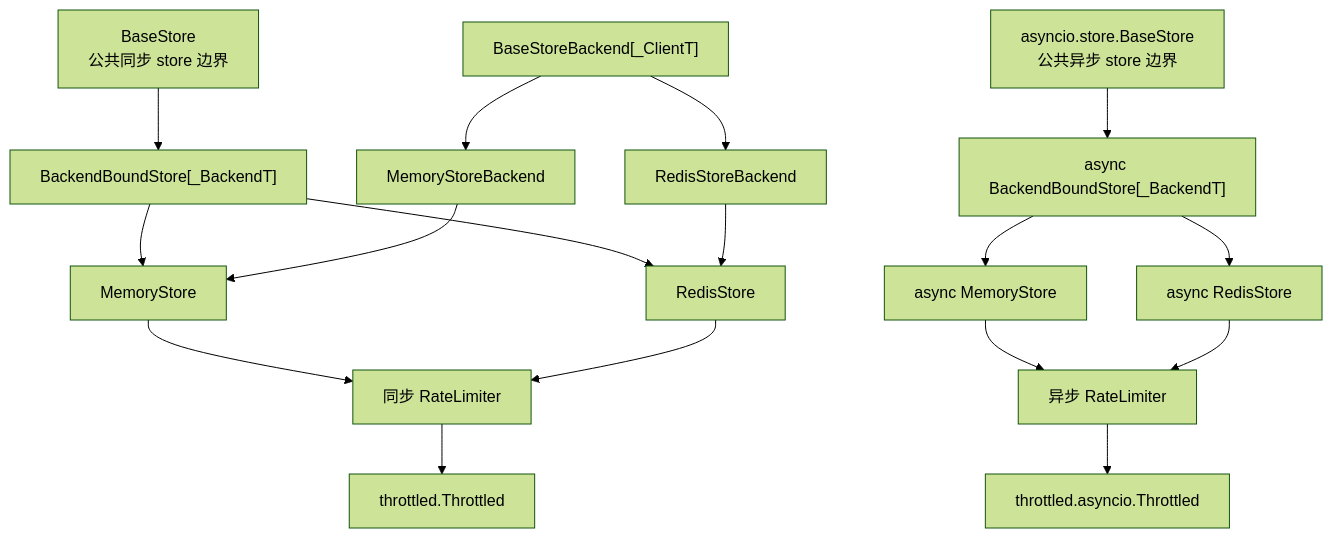
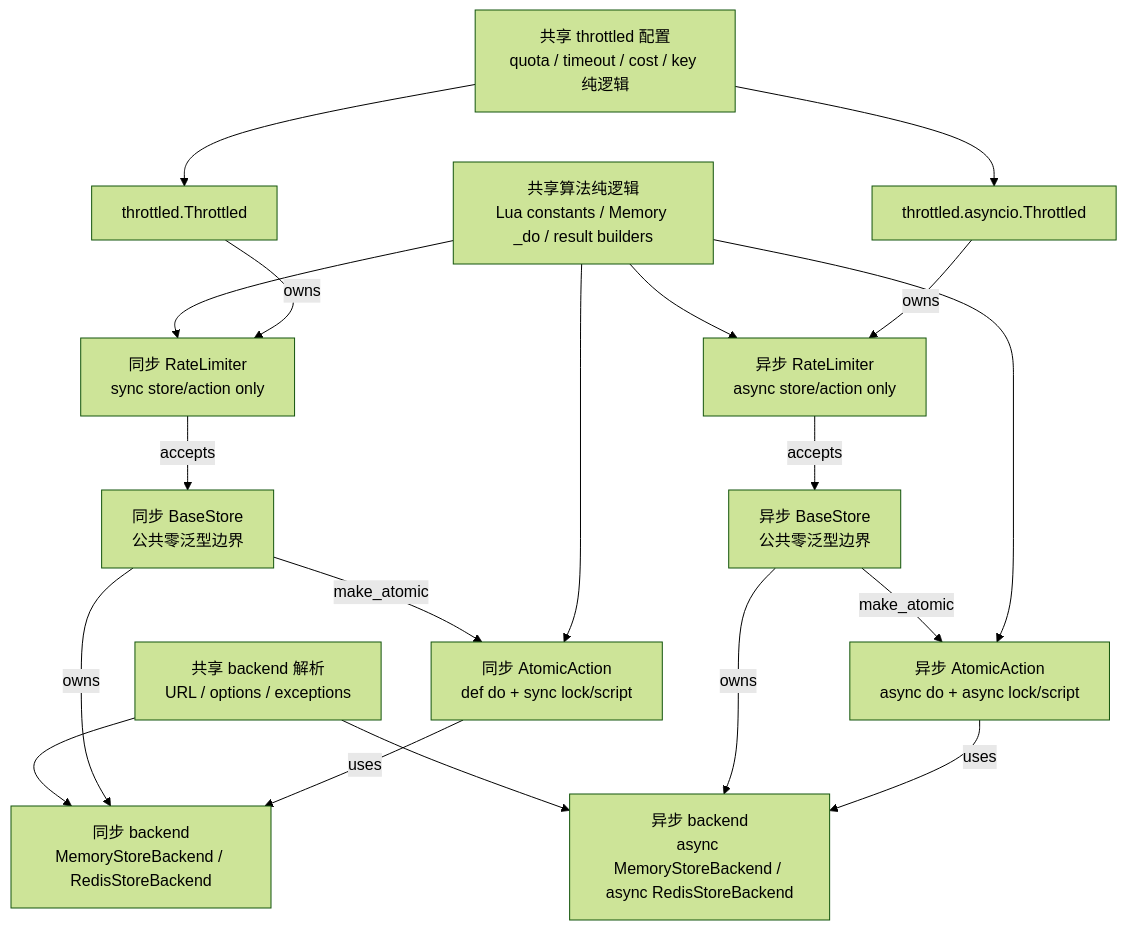
The diagram in knowledge/throttled-py/issues/2026-05-06-store-typing-abstraction-refactor/PLAN.md (ZhuoZhuoCrayon/ai-workspace), drawn with Mermaid (forest theme) before and after one commit. The commit also changed other lines of this file and 4 other files, not shown here.

Commit message:
docs(throttled-py): rework store sync async boundary plan

````diff
--- a/knowledge/throttled-py/issues/2026-05-06-store-typing-abstraction-refactor/PLAN.md
+++ b/knowledge/throttled-py/issues/2026-05-06-store-typing-abstraction-refactor/PLAN.md
@@ -169,35 +71,35 @@
 ```mermaid
 flowchart TD
-    BaseStore["BaseStore<br />公共同步 store 边界"]
-    AsyncBaseStore["asyncio.store.BaseStore<br />公共异步 store 边界"]
-    BackendBoundStore["BackendBoundStore[_BackendT]"]
-    AsyncBackendBoundStore["async BackendBoundStore[_BackendT]"]
-    BaseStoreBackend["BaseStoreBackend[_ClientT]"]
-    MemoryBackend["MemoryStoreBackend"]
-    RedisBackend["RedisStoreBackend"]
-    MemoryStore["MemoryStore"]
-    RedisStore["RedisStore"]
-    AsyncMemoryStore["async MemoryStore"]
-    AsyncRedisStore["async RedisStore"]
-    SyncLimiter["同步 RateLimiter"]
-    AsyncLimiter["异步 RateLimiter"]
-    Throttled["throttled.Throttled"]
+    SharedParsing["共享 backend 解析<br />URL / options / exceptions"]
+    SyncBackend["同步 backend<br />MemoryStoreBackend / RedisStoreBackend"]
+    AsyncBackend["异步 backend<br />async MemoryStoreBackend / async RedisStoreBackend"]
+    SharedAlgorithm["共享算法纯逻辑<br />Lua constants / Memory _do / result builders"]
+    SyncAction["同步 AtomicAction<br />def do + sync lock/script"]
+    AsyncAction["异步 AtomicAction<br />async do + async lock/script"]
+    SyncStore["同步 BaseStore<br />公共零泛型边界"]
+    AsyncStore["异步 BaseStore<br />公共零泛型边界"]
+    SyncLimiter["同步 RateLimiter<br />sync store/action only"]
+    AsyncLimiter["异步 RateLimiter<br />async store/action only"]
+    SharedThrottled["共享 throttled 配置<br />quota / timeout / cost / key 纯逻辑"]
+    SyncThrottled["throttled.Throttled"]
     AsyncThrottled["throttled.asyncio.Throttled"]
 
-    BaseStore --> BackendBoundStore
-    AsyncBaseStore --> AsyncBackendBoundStore
-    BaseStoreBackend --> MemoryBackend
-    BaseStoreBackend --> RedisBackend
-    BackendBoundStore --> MemoryStore
-    BackendBoundStore --> RedisStore
-    MemoryBackend --> MemoryStore
-    RedisBackend --> RedisStore
-    MemoryStore --> SyncLimiter
-    RedisStore --> SyncLimiter
-    AsyncBackendBoundStore --> AsyncMemoryStore
-    AsyncBackendBoundStore --> AsyncRedisStore
-    AsyncMemoryStore --> AsyncLimiter
-    AsyncRedisStore --> AsyncLimiter
-    SyncLimiter --> Throttled
-    AsyncLimiter --> AsyncThrottled
+    SharedParsing --> SyncBackend
+    SharedParsing --> AsyncBackend
+    SyncStore -->|"owns"| SyncBackend
+    AsyncStore -->|"owns"| AsyncBackend
+    SyncStore -->|"make_atomic"| SyncAction
+    AsyncStore -->|"make_atomic"| AsyncAction
+    SyncAction -->|"uses"| SyncBackend
+    AsyncAction -->|"uses"| AsyncBackend
+    SharedAlgorithm --> SyncAction
+    SharedAlgorithm --> AsyncAction
+    SharedAlgorithm --> SyncLimiter
+    SharedAlgorithm --> AsyncLimiter
+    SyncLimiter -->|"accepts"| SyncStore
+    AsyncLimiter -->|"accepts"| AsyncStore
+    SharedThrottled --> SyncThrottled
+    SharedThrottled --> AsyncThrottled
+    SyncThrottled -->|"owns"| SyncLimiter
+    AsyncThrottled -->|"owns"| AsyncLimiter
 ```
````
